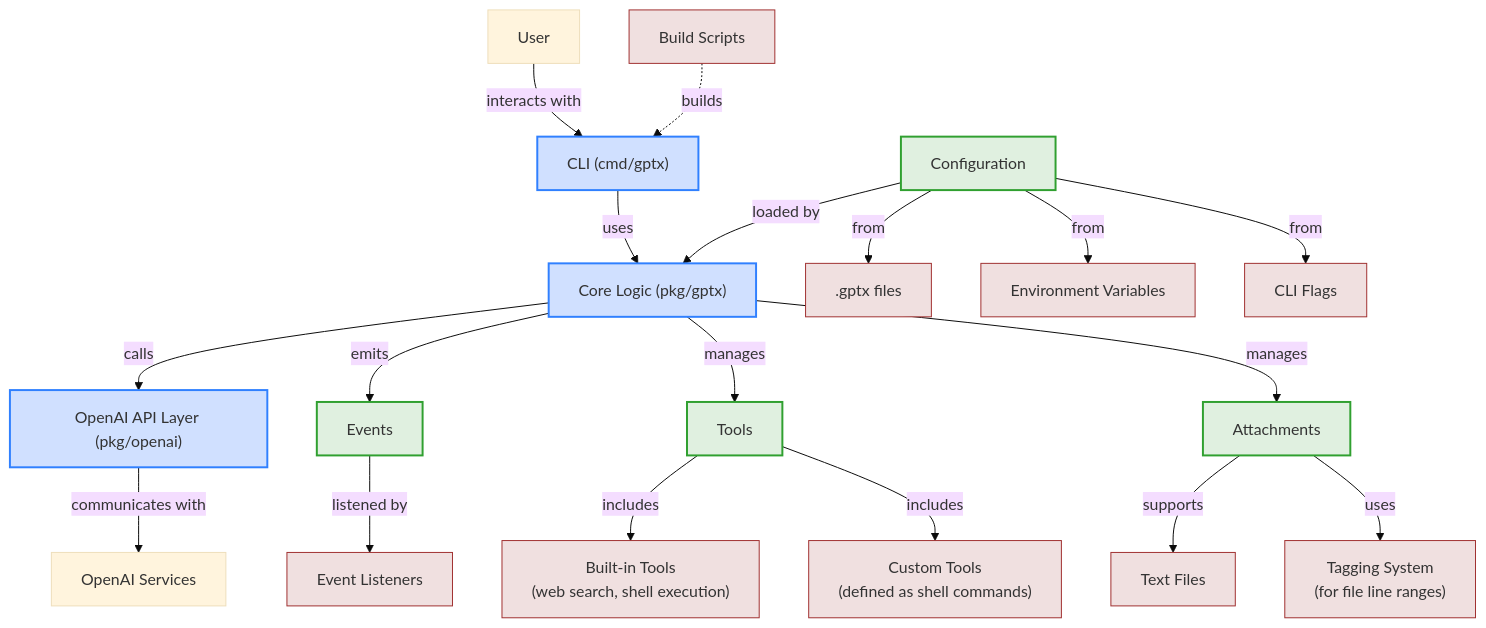
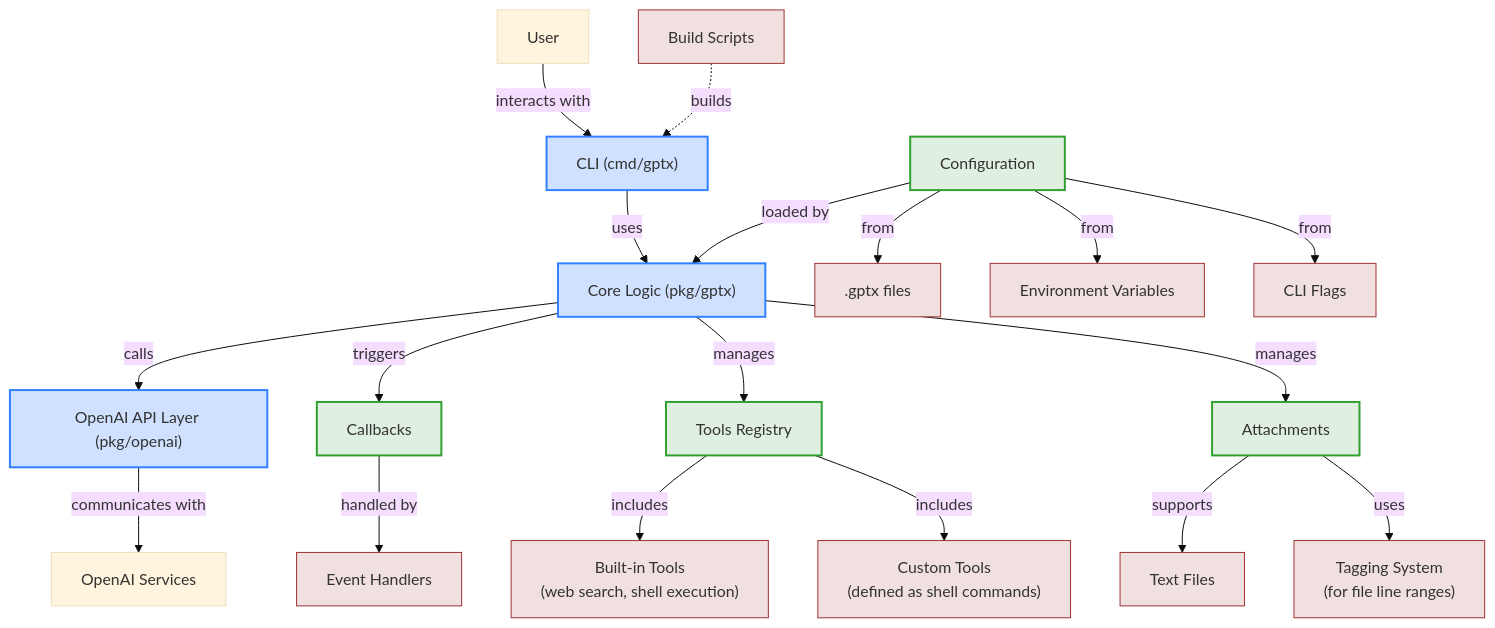
One commit to mohdfareed/gptx-cli changed the first of 8 diagrams in docs/architecture.md. Above: the diagram before and after it, drawn with Mermaid (base theme). The commit also changed other lines of this file and 18 other files, not shown here.

````diff
--- a/docs/architecture.md
+++ b/docs/architecture.md
@@ -7,37 +7,37 @@
 ```mermaid
 graph TD
     User[User] -->|interacts with| CLI["CLI (cmd/gptx)"]
     CLI -->|uses| Core["Core Logic (pkg/gptx)"]
     Core -->|calls| API["OpenAI API Layer (pkg/openai)"]
     API -->|communicates with| OpenAI[OpenAI Services]
 
     %% Configuration flow
     Config[Configuration] -->|loaded by| Core
     Config -->|from| ConfigFiles[".gptx files"]
     Config -->|from| EnvVars["Environment Variables"]
     Config -->|from| CLIFlags["CLI Flags"]
 
-    %% Events and Tools
-    Core -->|emits| Events[Events]
-    Events -->|listened by| Listeners[Event Listeners]
-    Core -->|manages| Tools[Tools]
+    %% Callbacks and Tools
+    Core -->|triggers| Callbacks[Callbacks]
+    Callbacks -->|handled by| Handlers[Event Handlers]
+    Core -->|manages| Tools[Tools Registry]
     Tools -->|includes| BuiltInTools["Built-in Tools\n(web search, shell execution)"]
     Tools -->|includes| CustomTools["Custom Tools\n(defined as shell commands)"]
 
     %% Attachments
     Core -->|manages| Attachments[Attachments]
     Attachments -->|supports| Files["Text Files"]
     Attachments -->|uses| Tags["Tagging System\n(for file line ranges)"]
 
     %% Build and Deploy
     Scripts["Build Scripts"] -.->|builds| CLI
 
     classDef primary fill:#d0e0ff,stroke:#3080ff,stroke-width:2px;
     classDef secondary fill:#e0f0e0,stroke:#30a030,stroke-width:2px;
     classDef tertiary fill:#f0e0e0,stroke:#a03030,stroke-width:1px;
     classDef future fill:#f0f0f0,stroke:#808080,stroke-width:1px,stroke-dasharray: 5 5;
 
     class CLI,Core,API primary;
-    class Config,Events,Tools,Attachments secondary;
-    class ConfigFiles,EnvVars,CLIFlags,Listeners,BuiltInTools,CustomTools,Files,Tags,Scripts tertiary;
+    class Config,Callbacks,Tools,Attachments secondary;
+    class ConfigFiles,EnvVars,CLIFlags,Handlers,BuiltInTools,CustomTools,Files,Tags,Scripts tertiary;
 ```
````
